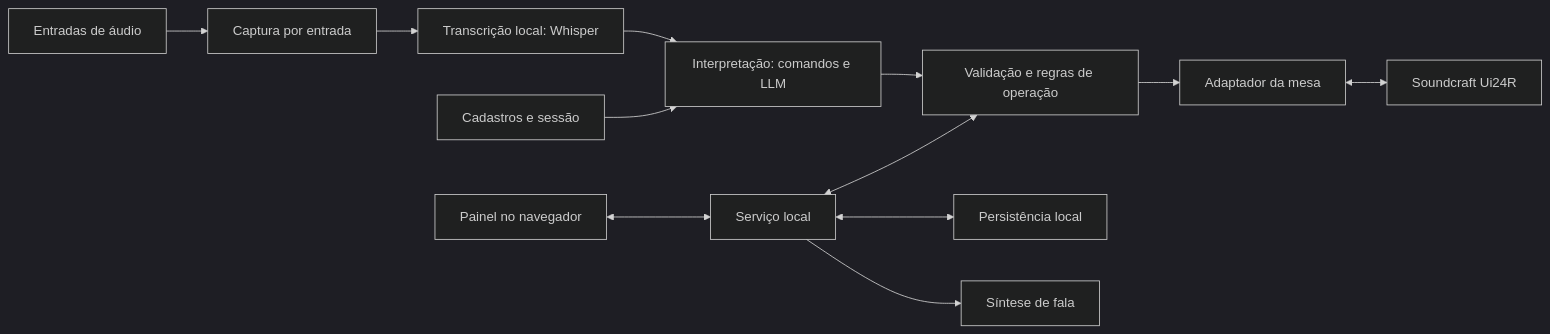
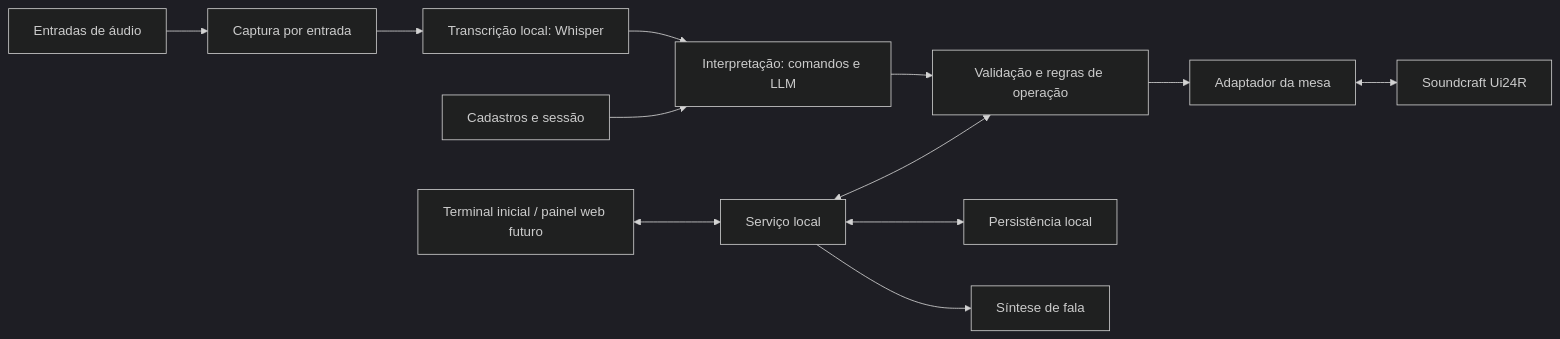
The first of 11 diagrams in docs/arquitetura.md (joaoporcino/soundcraft-voz), drawn with Mermaid (dark theme) before and after one commit. The commit also changed other lines of this file and 6 other files, not shown here.

````diff
--- a/docs/arquitetura.md
+++ b/docs/arquitetura.md
@@ -21,14 +21,14 @@
 ```mermaid
 flowchart LR
     audio["Entradas de áudio"] --> captura["Captura por entrada"]
     captura --> whisper["Transcrição local: Whisper"]
     whisper --> interpretacao["Interpretação: comandos e LLM"]
     dados["Cadastros e sessão"] --> interpretacao
     interpretacao --> validacao["Validação e regras de operação"]
-    painel["Painel no navegador"] <--> servico["Serviço local"]
+    painel["Terminal inicial / painel web futuro"] <--> servico["Serviço local"]
     servico <--> validacao
     validacao --> adaptador["Adaptador da mesa"]
     adaptador <--> mesa["Soundcraft Ui24R"]
     servico <--> banco["Persistência local"]
     servico --> tts["Síntese de fala"]
 ```
````
